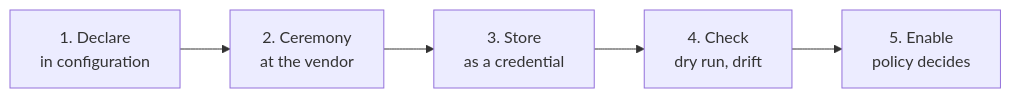
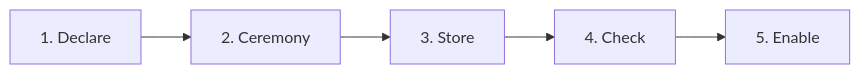
One commit to truvity/sluis changed the first of 2 diagrams in docs/integrations/connecting.md. Above: the diagram before and after it, drawn with Mermaid.

Commit message:
docs(site): keep the connection-shape diagram readable at page width

````diff
--- a/docs/integrations/connecting.md
+++ b/docs/integrations/connecting.md
@@ -15,7 +15,7 @@
 ```mermaid
 flowchart LR
-  decl["1. Declare<br/>in configuration"] --> cer["2. Ceremony<br/>at the vendor"]
-  cer --> cred["3. Store<br/>as a credential"]
-  cred --> chk["4. Check<br/>dry run, drift"]
-  chk --> on["5. Enable<br/>policy decides"]
+  decl["1. Declare"] --> cer["2. Ceremony"]
+  cer --> cred["3. Store"]
+  cred --> chk["4. Check"]
+  chk --> on["5. Enable"]
 ```
````
